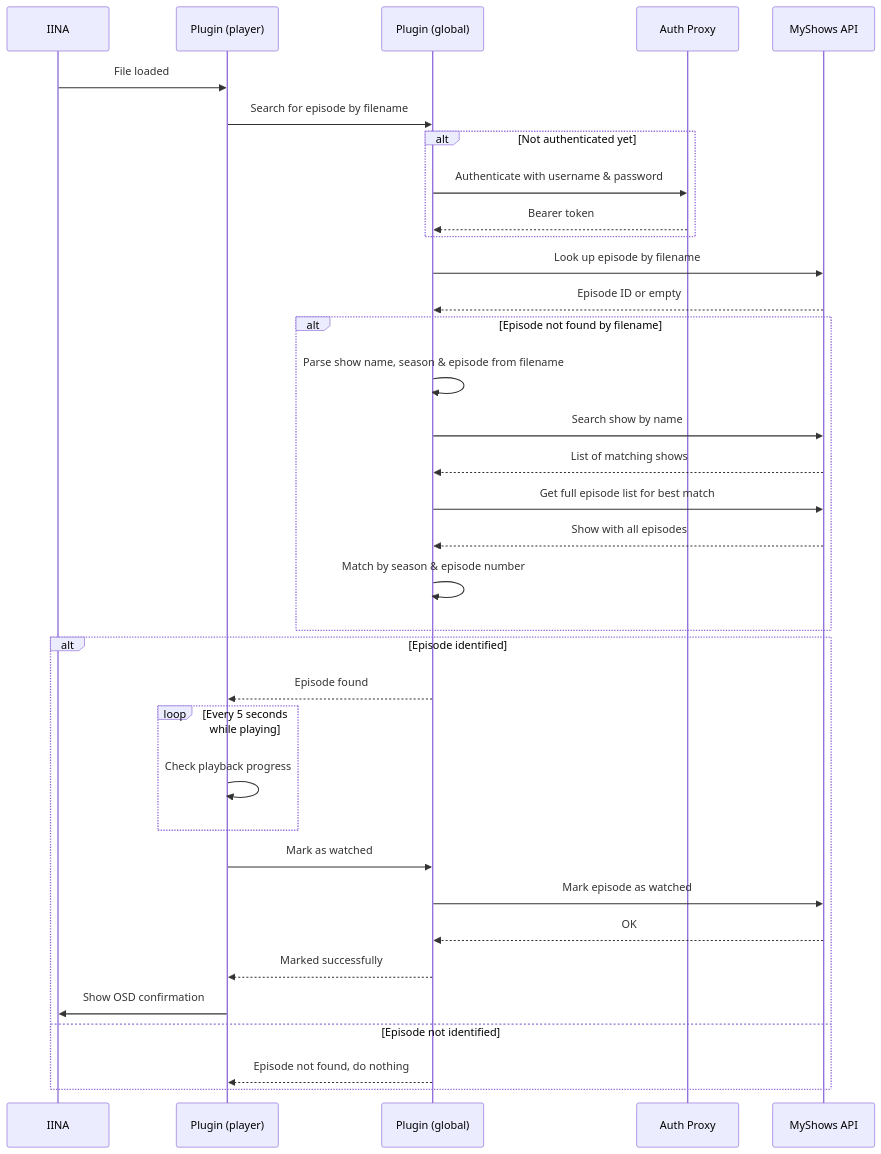
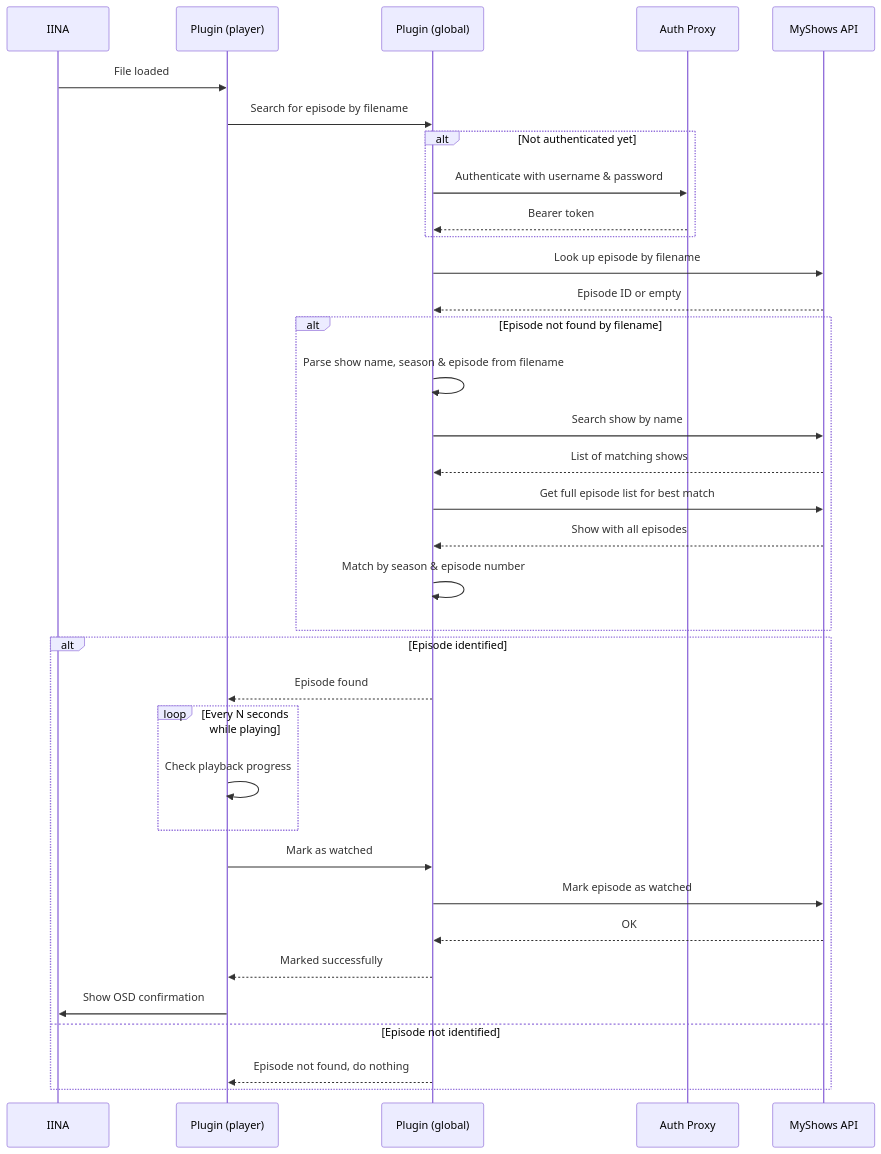
Before and after one commit to amiv1/iina-plugin-myshows: the diagram in README.md, drawn with Mermaid.

Commit message:
docs: Update sequence diagram in README

````diff
--- a/README.md
+++ b/README.md
@@ -41,42 +41,42 @@
 ```mermaid
 sequenceDiagram
     participant IINA
     participant Player as Plugin (player)
     participant Global as Plugin (global)
     participant Proxy as Auth Proxy
     participant API as MyShows API
 
     IINA->>Player: File loaded
     Player->>Global: Search for episode by filename
 
     alt Not authenticated yet
         Global->>Proxy: Authenticate with username & password
         Proxy-->>Global: Bearer token
     end
 
     Global->>API: Look up episode by filename
     API-->>Global: Episode ID or empty
 
     alt Episode not found by filename
         Global->>Global: Parse show name, season & episode from filename
         Global->>API: Search show by name
         API-->>Global: List of matching shows
         Global->>API: Get full episode list for best match
         API-->>Global: Show with all episodes
         Global->>Global: Match by season & episode number
     end
 
     alt Episode identified
         Global-->>Player: Episode found
-        loop Every 5 seconds while playing
+        loop Every N seconds while playing
             Player->>Player: Check playback progress
         end
         Player->>Global: Mark as watched
         Global->>API: Mark episode as watched
         API-->>Global: OK
         Global-->>Player: Marked successfully
         Player->>IINA: Show OSD confirmation
     else Episode not identified
         Global-->>Player: Episode not found, do nothing
     end
 ```
````
